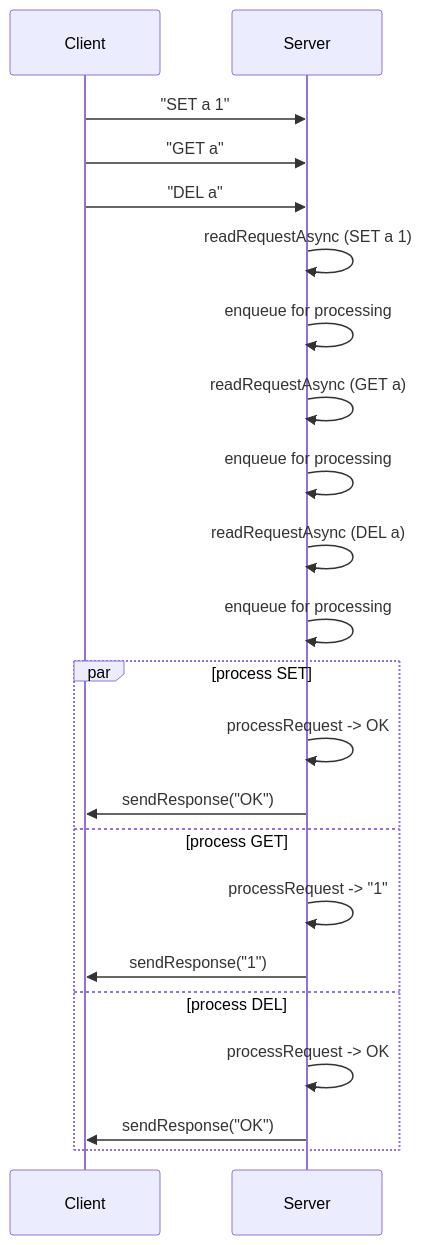
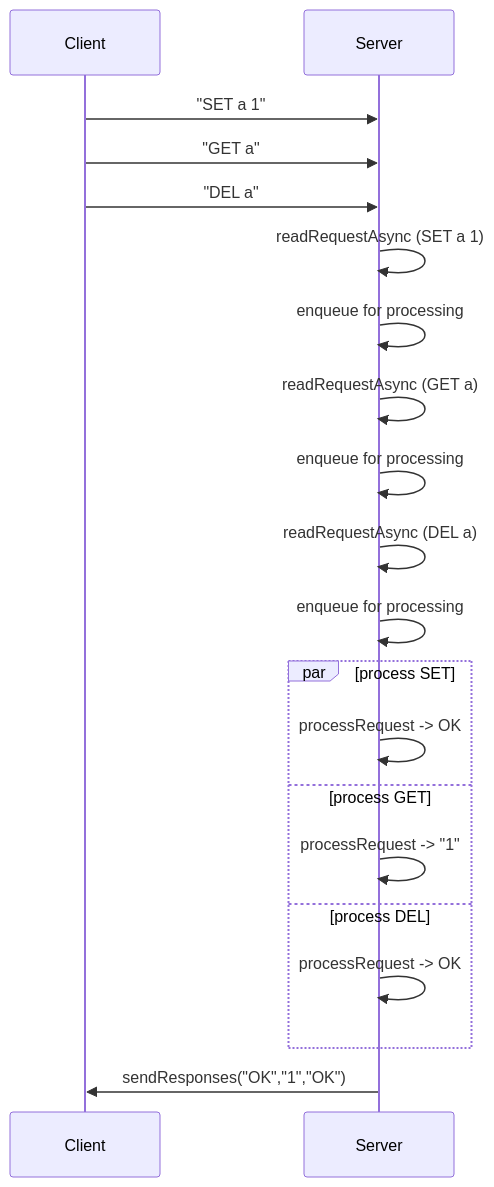
The fourth of 4 diagrams in docs/design.md (MisterVVP/poor-man-s-cache), drawn with Mermaid before and after one commit. The commit also changed other lines of this file, not shown here.

````diff
--- a/docs/design.md
+++ b/docs/design.md
@@ -77,24 +75,22 @@
 ```mermaid
 sequenceDiagram
     participant Client
     participant Server
     Client->>Server: "SET a 1"
     Client->>Server: "GET a"
     Client->>Server: "DEL a"
     Server->>Server: readRequestAsync (SET a 1)
     Server->>Server: enqueue for processing
     Server->>Server: readRequestAsync (GET a)
     Server->>Server: enqueue for processing
     Server->>Server: readRequestAsync (DEL a)
     Server->>Server: enqueue for processing
     par process SET
         Server->>Server: processRequest -> OK
-        Server->>Client: sendResponse("OK")
     and process GET
         Server->>Server: processRequest -> "1"
-        Server->>Client: sendResponse("1")
     and process DEL
         Server->>Server: processRequest -> OK
-        Server->>Client: sendResponse("OK")
     end
+    Server->>Client: sendResponses("OK","1","OK")
 ```
````
